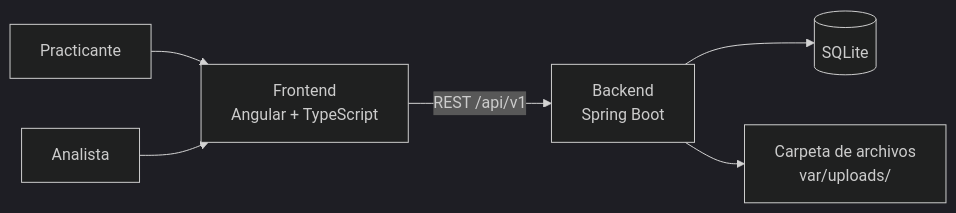
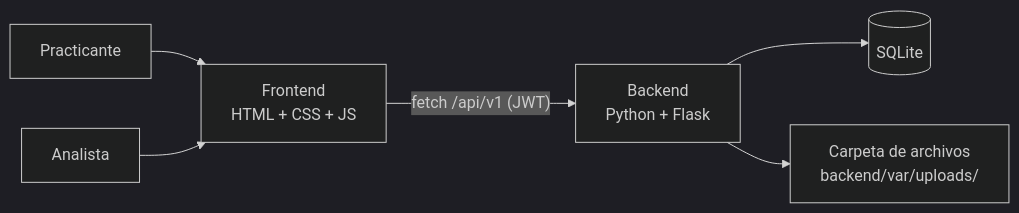
The diagram in README.md (HankSWillians/intern-selection-kata), drawn with Mermaid (dark theme) before and after one commit. The commit also changed other lines of this file and 16 other files, not shown here.

Commit message:
build: scaffold flask backend and static frontend

````diff
--- a/README.md
+++ b/README.md
@@ -47,8 +50,8 @@
 ```mermaid
 flowchart LR
     P["Practicante"] --> FE
     A["Analista"] --> FE
-    FE["Frontend<br/>Angular + TypeScript"] -->|REST /api/v1| BE["Backend<br/>Spring Boot"]
+    FE["Frontend<br/>HTML + CSS + JS"] -->|"fetch /api/v1 (JWT)"| BE["Backend<br/>Python + Flask"]
     BE --> DB[("SQLite")]
-    BE --> FS["Carpeta de archivos<br/>var/uploads/"]
+    BE --> FS["Carpeta de archivos<br/>backend/var/uploads/"]
 ```
````
